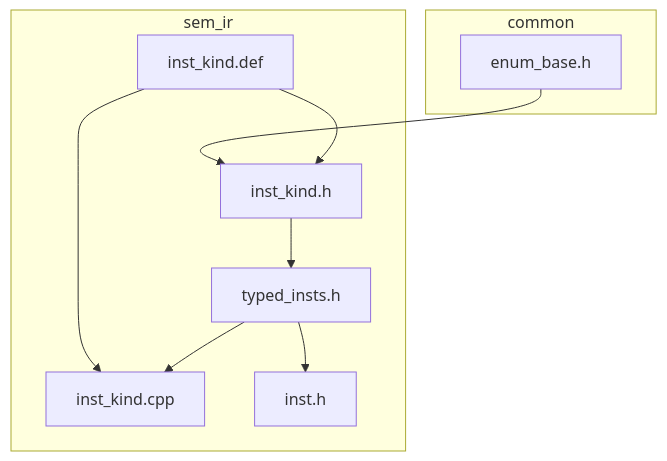
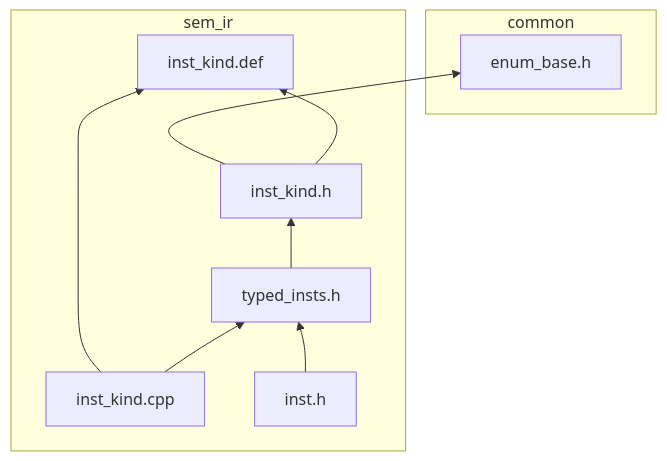
The second of 2 diagrams in toolchain/docs/adding_features.md (carbon-language/carbon-lang), drawn with Mermaid before and after one commit. The commit also changed other lines of this file, not shown here.

````diff
--- a/toolchain/docs/adding_features.md
+++ b/toolchain/docs/adding_features.md
@@ -373,21 +374,21 @@
 ```mermaid
-graph TD
+graph BT
     subgraph common
         EnumBase["enum_base.h"]
     end
 
     subgraph sem_ir
         InstKindDef["inst_kind.def"]
         InstKindH["inst_kind.h"]
         TypedInstsH["typed_insts.h"]
         InstKindCpp["inst_kind.cpp"]
         InstH["inst.h"]
     end
 
-    EnumBase --> InstKindH
-    InstKindDef --> InstKindH
-    InstKindDef --> InstKindCpp
-    InstKindH --> TypedInstsH
-    TypedInstsH --> InstKindCpp
-    TypedInstsH --> InstH
+    InstKindH --> EnumBase
+    InstKindH --> InstKindDef
+    InstKindCpp --> InstKindDef
+    TypedInstsH --> InstKindH
+    InstKindCpp --> TypedInstsH
+    InstH --> TypedInstsH
 ```
````
